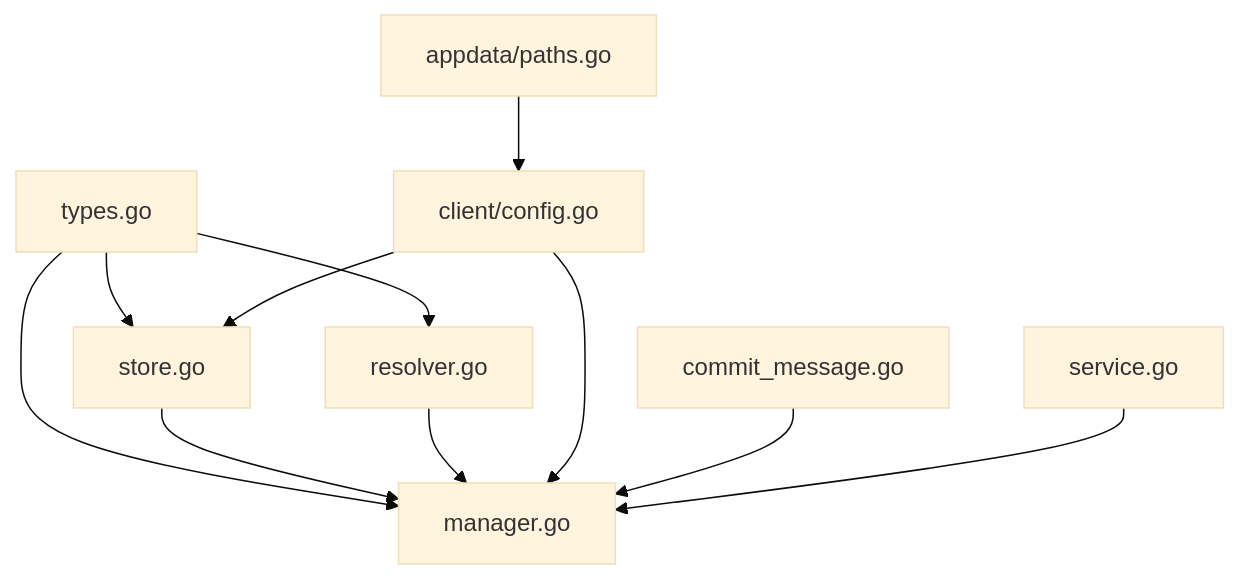
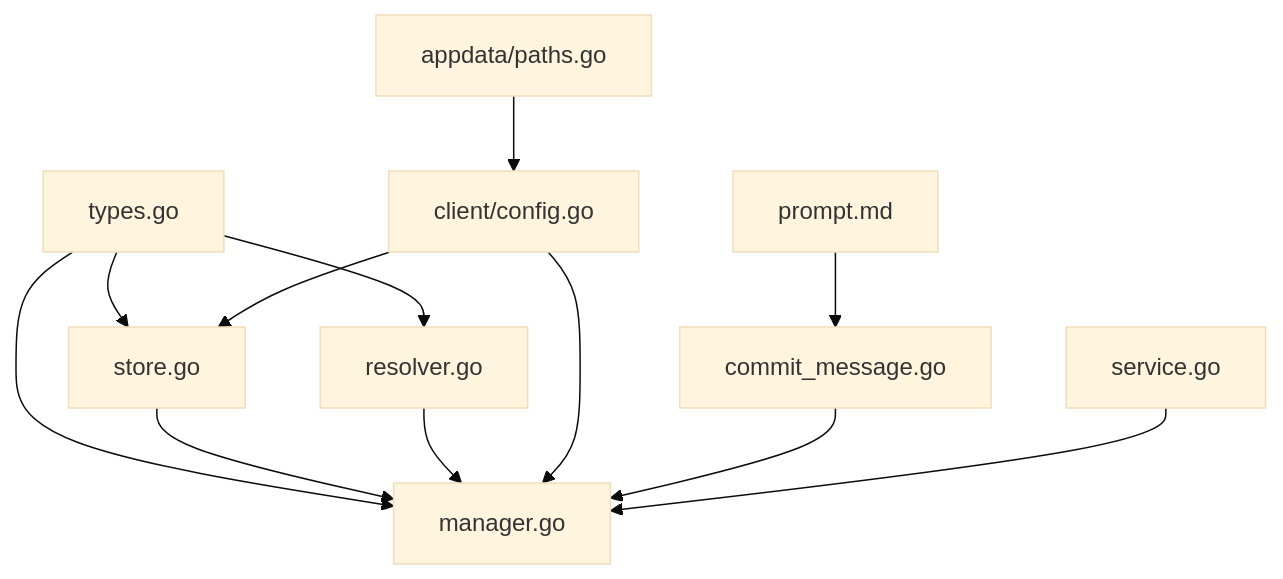
The tenth of 10 diagrams in .qoder/repowiki/en/content/Configuration System/Configuration System.md (philau2512/cursor-byok-go-v2), drawn with Mermaid (base theme) before and after one commit. The commit also changed other lines of this file and 49 other files, not shown here.

````diff
--- a/.qoder/repowiki/en/content/Configuration System/Configuration System.md
+++ b/.qoder/repowiki/en/content/Configuration System/Configuration System.md
@@ -539,13 +581,14 @@
 ```mermaid
 graph TB
 Types["types.go"] --> Store["store.go"]
 Types --> Manager["manager.go"]
 Types --> Resolver["resolver.go"]
 Store --> Manager
 Resolver --> Manager
 Client["client/config.go"] --> Store
 Client --> Manager
 Paths["appdata/paths.go"] --> Client
 Forwarder["commit_message.go"] --> Manager
 Service["service.go"] --> Manager
+PromptAssets["prompt.md"] --> Forwarder
 ```
````
